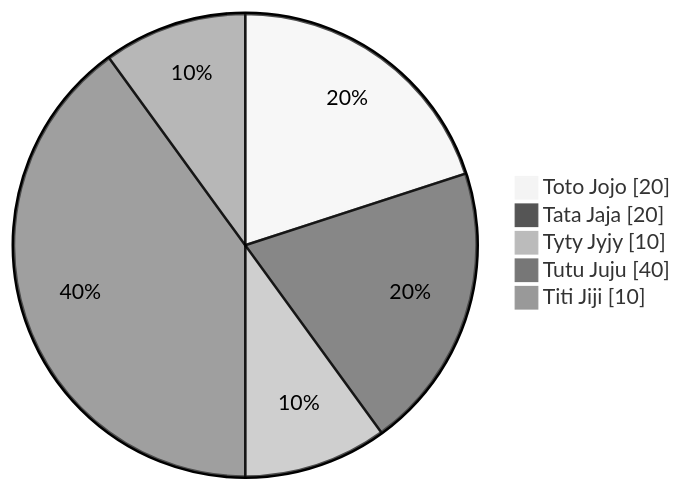
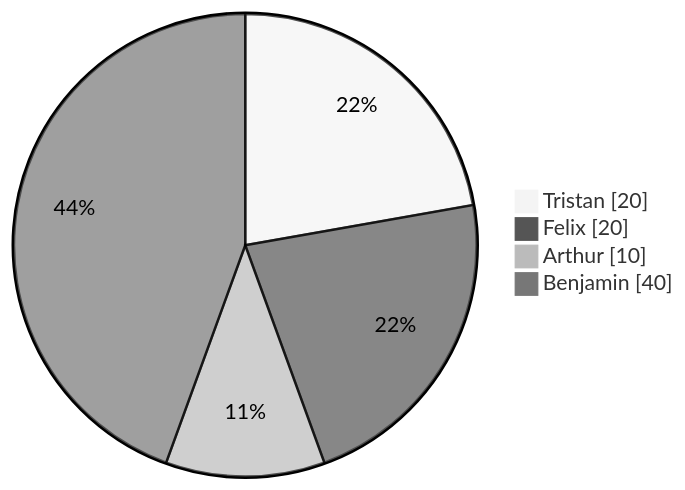
Before and after one commit to ECE-Lyon/projet-2022-2023-ECE-world-X: the diagram in Marp-INFO/presentation.md, drawn with Mermaid. The commit also changed other lines of this file and 13 other files, not shown here.

```diff
--- a/Marp-INFO/presentation.md
+++ b/Marp-INFO/presentation.md
@@ -192,9 +183,8 @@
 <div class="mermaid">
 %%{init: {'theme':'neutral'}}%%
 pie showData
-    "Toto Jojo" : 20
-    "Tata Jaja" : 20
-    "Tyty Jyjy" : 10
-    "Tutu Juju" : 40
-    "Titi Jiji" : 10
+    "Tristan" : 20
+    "Felix" : 20
+    "Arthur" : 10
+    "Benjamin" : 40
 </div>
```
